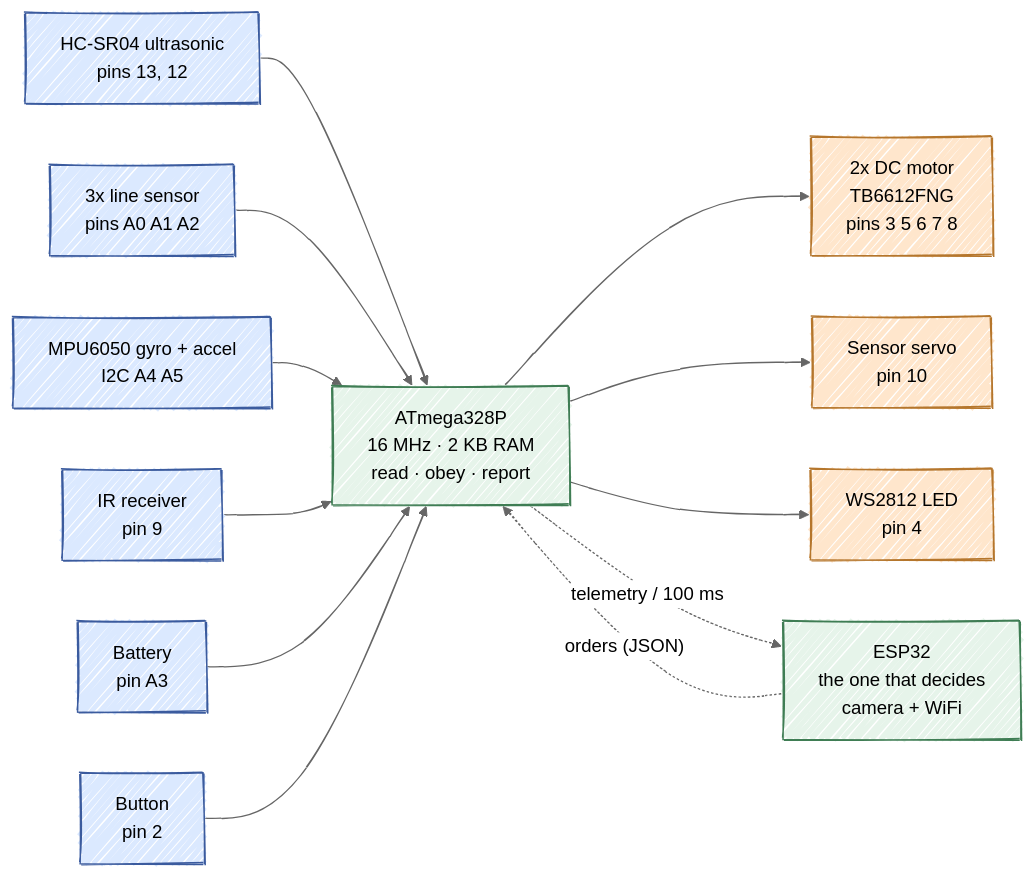
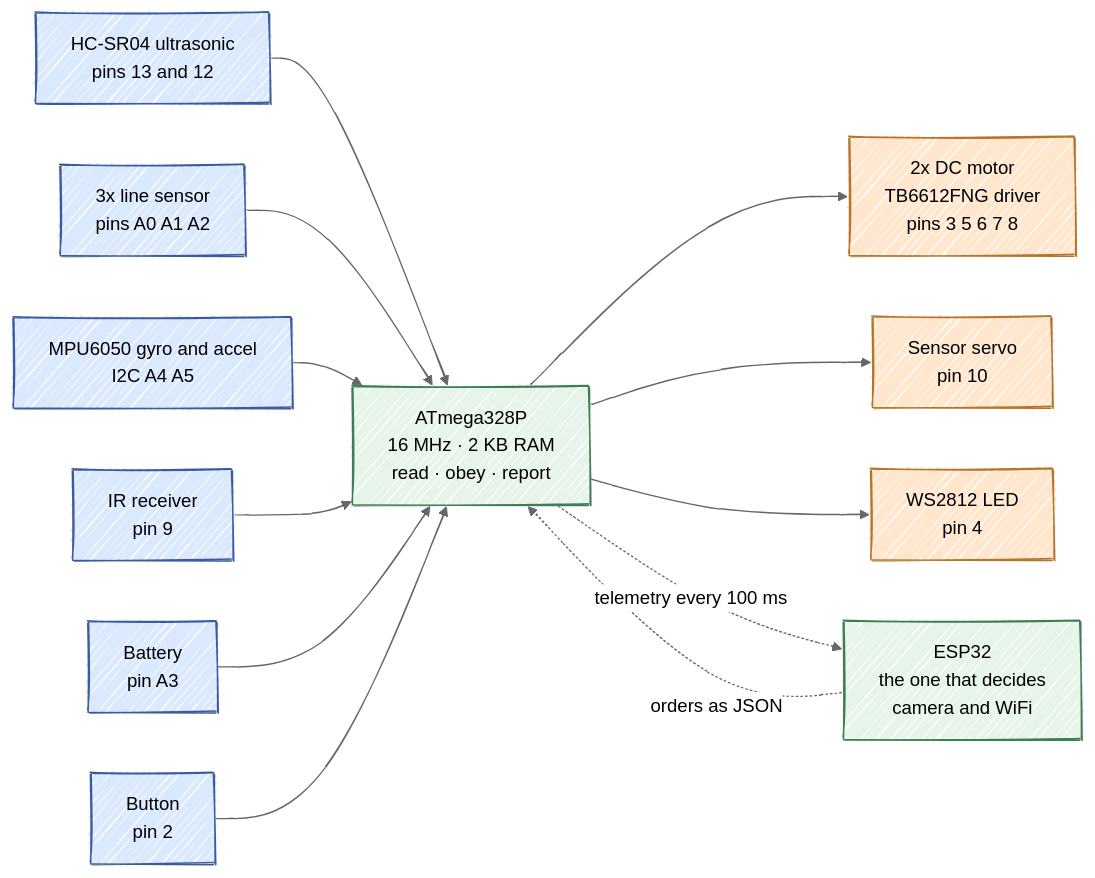
The first of 2 diagrams in README.md (Adc-alt/elegoo-smartcar-firmware-atmega328p), drawn with Mermaid before and after one commit.

Commit message:
docs: drop parentheses/plus from mermaid labels (GitHub parser trips on them)

````diff
--- a/README.md
+++ b/README.md
@@ -109,46 +109,46 @@
 ```mermaid
 ---
 config:
   look: handDrawn
   theme: neutral
 ---
 flowchart LR
-    HC["HC-SR04 ultrasonic<br/>pins 13, 12"]
+    HC["HC-SR04 ultrasonic<br/>pins 13 and 12"]
     LINE["3x line sensor<br/>pins A0 A1 A2"]
-    MPU["MPU6050 gyro + accel<br/>I2C A4 A5"]
+    MPU["MPU6050 gyro and accel<br/>I2C A4 A5"]
     IR["IR receiver<br/>pin 9"]
     BAT["Battery<br/>pin A3"]
     SW["Button<br/>pin 2"]
 
     ATMEGA["ATmega328P<br/>16 MHz · 2 KB RAM<br/>read · obey · report"]
 
-    MOT["2x DC motor<br/>TB6612FNG<br/>pins 3 5 6 7 8"]
+    MOT["2x DC motor<br/>TB6612FNG driver<br/>pins 3 5 6 7 8"]
     SERVO["Sensor servo<br/>pin 10"]
     LED["WS2812 LED<br/>pin 4"]
 
-    ESP["ESP32<br/>the one that decides<br/>camera + WiFi"]
+    ESP["ESP32<br/>the one that decides<br/>camera and WiFi"]
 
     HC --> ATMEGA
     LINE --> ATMEGA
     MPU --> ATMEGA
     IR --> ATMEGA
     BAT --> ATMEGA
     SW --> ATMEGA
     ATMEGA --> MOT
     ATMEGA --> SERVO
     ATMEGA --> LED
-    ESP -.->|"orders (JSON)"| ATMEGA
-    ATMEGA -.->|"telemetry / 100 ms"| ESP
+    ESP -.->|"orders as JSON"| ATMEGA
+    ATMEGA -.->|"telemetry every 100 ms"| ESP
 
     style HC fill:#dbe9ff,stroke:#3b5b9e
     style LINE fill:#dbe9ff,stroke:#3b5b9e
     style MPU fill:#dbe9ff,stroke:#3b5b9e
     style IR fill:#dbe9ff,stroke:#3b5b9e
     style BAT fill:#dbe9ff,stroke:#3b5b9e
     style SW fill:#dbe9ff,stroke:#3b5b9e
     style MOT fill:#ffe6cc,stroke:#b5762c
     style SERVO fill:#ffe6cc,stroke:#b5762c
     style LED fill:#ffe6cc,stroke:#b5762c
     style ATMEGA fill:#e6f4ea,stroke:#3f7d54
     style ESP fill:#e6f4ea,stroke:#3f7d54
 ```
````
